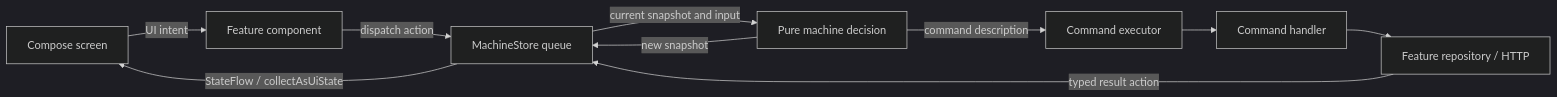
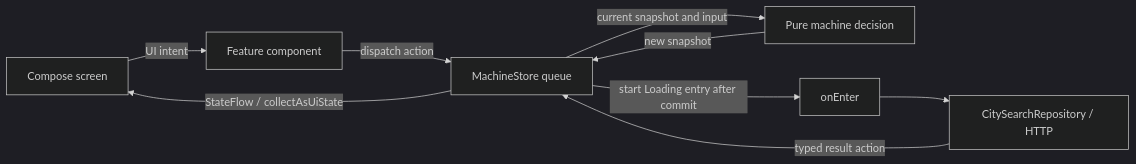
The diagram in examples/weather/docs/architecture.md (koma-kt/koma), drawn with Mermaid (dark theme) before and after one commit. The commit also changed other lines of this file and 45 other files, not shown here.

Commit message:
Run city search directly in an activation-owned screen entry

````diff
--- a/examples/weather/docs/architecture.md
+++ b/examples/weather/docs/architecture.md
@@ -11,12 +11,11 @@
 ```mermaid
 flowchart LR
     Screen[Compose screen] -->|UI intent| Component[Feature component]
     Component -->|dispatch action| Store[MachineStore queue]
     Store -->|current snapshot and input| Machine[Pure machine decision]
     Machine -->|new snapshot| Store
     Store -->|StateFlow / collectAsUiState| Screen
-    Machine -->|command description| Executor[Command executor]
-    Executor --> Handler[Command handler]
-    Handler --> Repository[Feature repository / HTTP]
+    Store -->|start Loading entry after commit| Entry[onEnter]
+    Entry --> Repository[CitySearchRepository / HTTP]
     Repository -->|typed result action| Store
 ```
````
